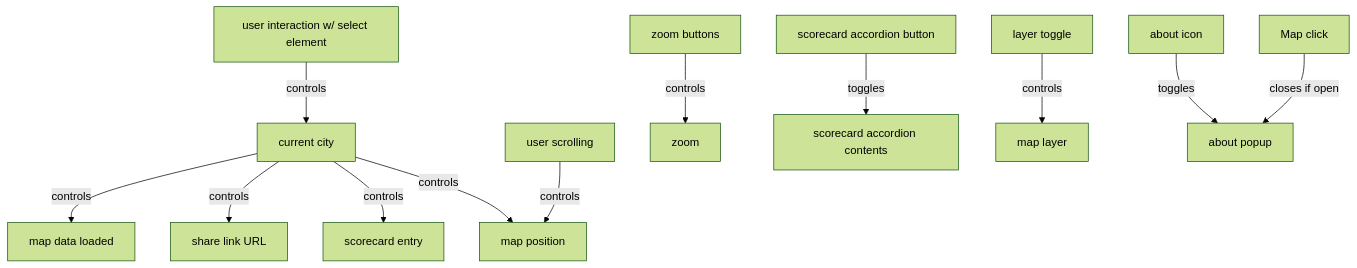
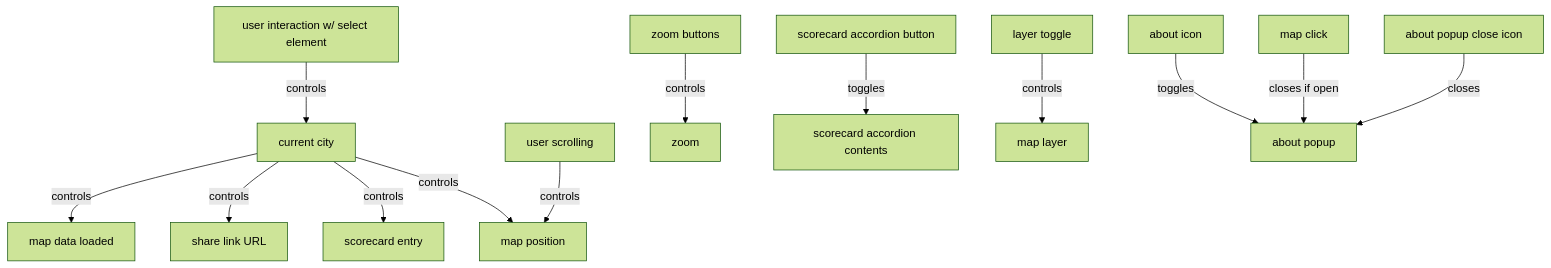
One commit to ParkingReformNetwork/parking-lot-map changed the diagram in README.md. Above: the diagram before and after it, drawn with Mermaid (forest theme).

Commit message:
Add missing about popup interaction

````diff
--- a/README.md
+++ b/README.md
@@ -143,16 +143,17 @@
 ```mermaid
 graph TD
     A[current city] -->|controls| B[map data loaded]
     A -->|controls| C[share link URL]
     A -->|controls| D[scorecard entry]
     A -->|controls| E[map position]
 
     F[user interaction w/ select element] -->|controls| A
     G[user scrolling] -->|controls| E
     H[zoom buttons] -->|controls| I[zoom]
     J[scorecard accordion button] -->|toggles| K[scorecard accordion contents]
     L[layer toggle] -->|controls| M[map layer]
 
     N[about icon] -->|toggles| O[about popup]
-    P[Map click] -->|closes if open| O
+    P[map click] -->|closes if open| O
+    Q[about popup close icon] -->|closes| O
 ```
````
